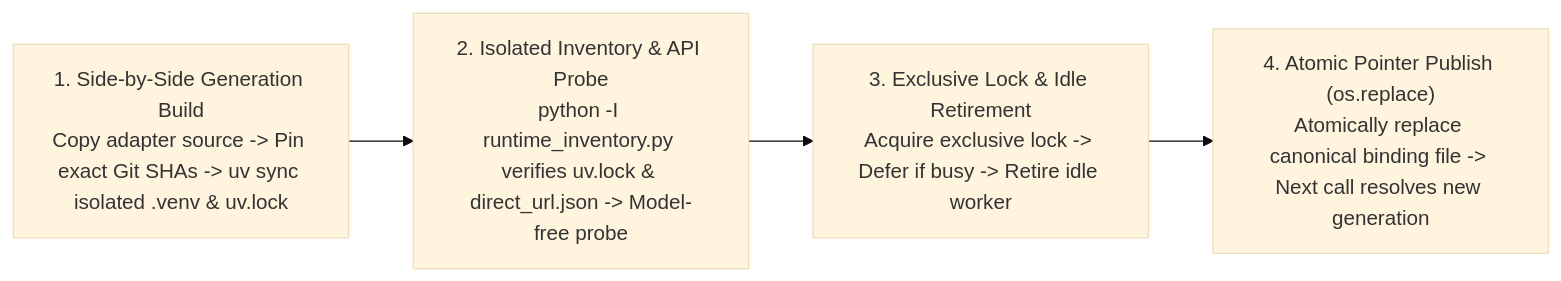
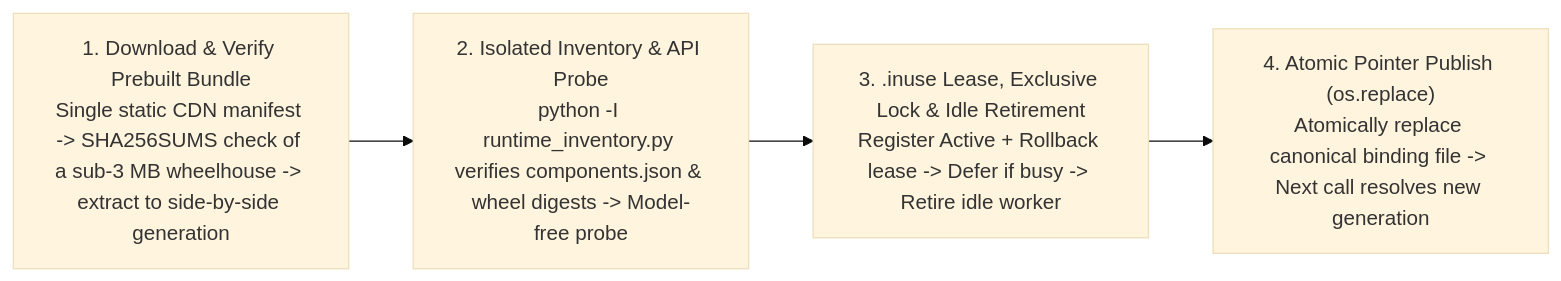
One commit to mindie-agent/mindie-agent changed the diagram in docs/release-compatibility-and-update.en.md. Above: the diagram before and after it, drawn with Mermaid (base theme). The commit also changed other lines of this file and 22 other files, not shown here.

````diff
--- a/docs/release-compatibility-and-update.en.md
+++ b/docs/release-compatibility-and-update.en.md
@@ -173,6 +177,6 @@
 ```mermaid
 flowchart LR
-    P["1. Side-by-Side Generation Build<br/>Copy adapter source -> Pin exact Git SHAs -> uv sync isolated .venv & uv.lock"] --> V["2. Isolated Inventory & API Probe<br/>python -I runtime_inventory.py verifies uv.lock & direct_url.json -> Model-free probe"]
-    V --> W["3. Exclusive Lock & Idle Retirement<br/>Acquire exclusive lock -> Defer if busy -> Retire idle worker"]
+    P["1. Download & Verify Prebuilt Bundle<br/>Single static CDN manifest -> SHA256SUMS check of a sub-3 MB wheelhouse -> extract to side-by-side generation"] --> V["2. Isolated Inventory & API Probe<br/>python -I runtime_inventory.py verifies components.json & wheel digests -> Model-free probe"]
+    V --> W["3. .inuse Lease, Exclusive Lock & Idle Retirement<br/>Register Active + Rollback lease -> Defer if busy -> Retire idle worker"]
     W --> S["4. Atomic Pointer Publish (os.replace)<br/>Atomically replace canonical binding file -> Next call resolves new generation"]
 ```
````
